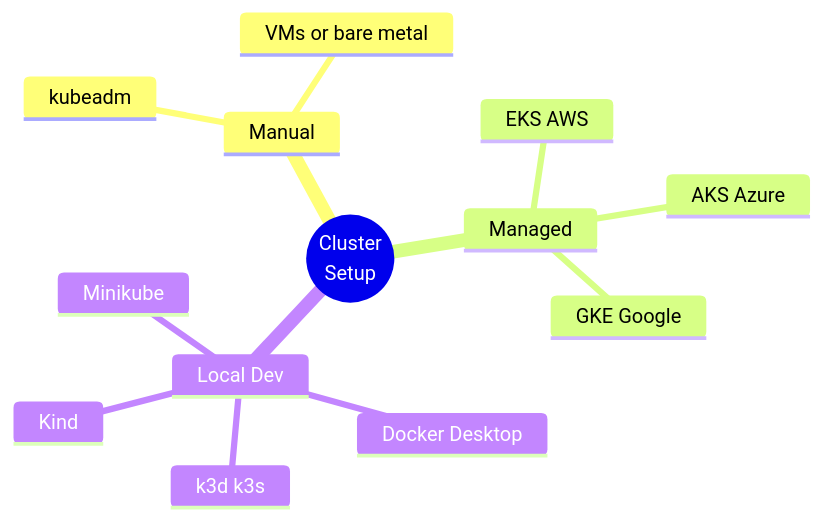
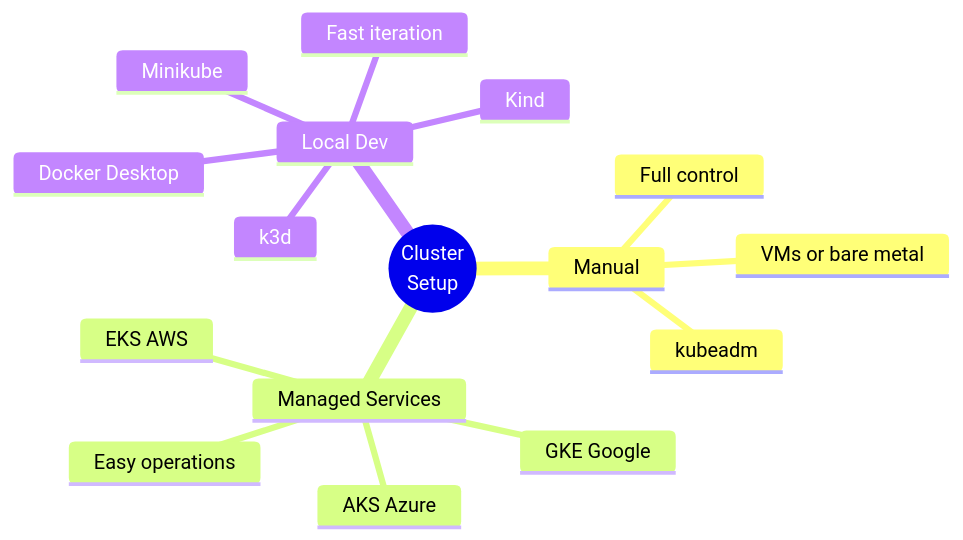
One commit to courselabs/kubernetes changed the eighth of 12 diagrams in slides/clusters/slides.md. Above: the diagram before and after it, drawn with Mermaid. The commit also changed other lines of this file and 7 other files, not shown here.

````diff
--- a/slides/clusters/slides.md
+++ b/slides/clusters/slides.md
@@ -246,16 +444,19 @@
 ```mermaid
 mindmap
   root((Cluster<br/>Setup))
     Manual
       kubeadm
       VMs or bare metal
-    Managed
+      Full control
+    Managed Services
       AKS Azure
       EKS AWS
       GKE Google
+      Easy operations
     Local Dev
       Docker Desktop
-      k3d k3s
+      k3d
       Kind
       Minikube
+      Fast iteration
 ```
````
